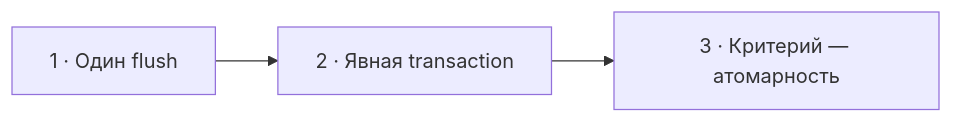
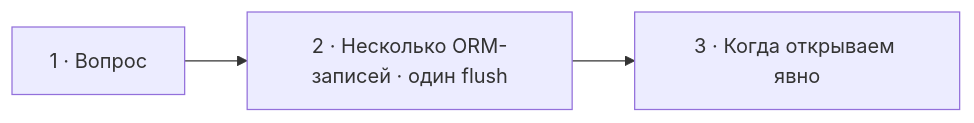
The diagram in episodes/841862-1payment/visual-plans/16-doctrine-transactions.md (savinmikhail/php-backend-interview-video), drawn with Mermaid before and after one commit. The commit also changed other lines of this file and 4 other files, not shown here.

````diff
--- a/episodes/841862-1payment/visual-plans/16-doctrine-transactions.md
+++ b/episodes/841862-1payment/visual-plans/16-doctrine-transactions.md
@@ -42,4 +75,4 @@
 ```mermaid
 flowchart LR
-  I["1 · Один flush"] --> X["2 · Явная transaction"] --> C["3 · Критерий — атомарность"]
+  Q["1 · Вопрос"] --> F["2 · Несколько ORM-записей · один flush"] --> E["3 · Когда открываем явно"]
 ```
````
